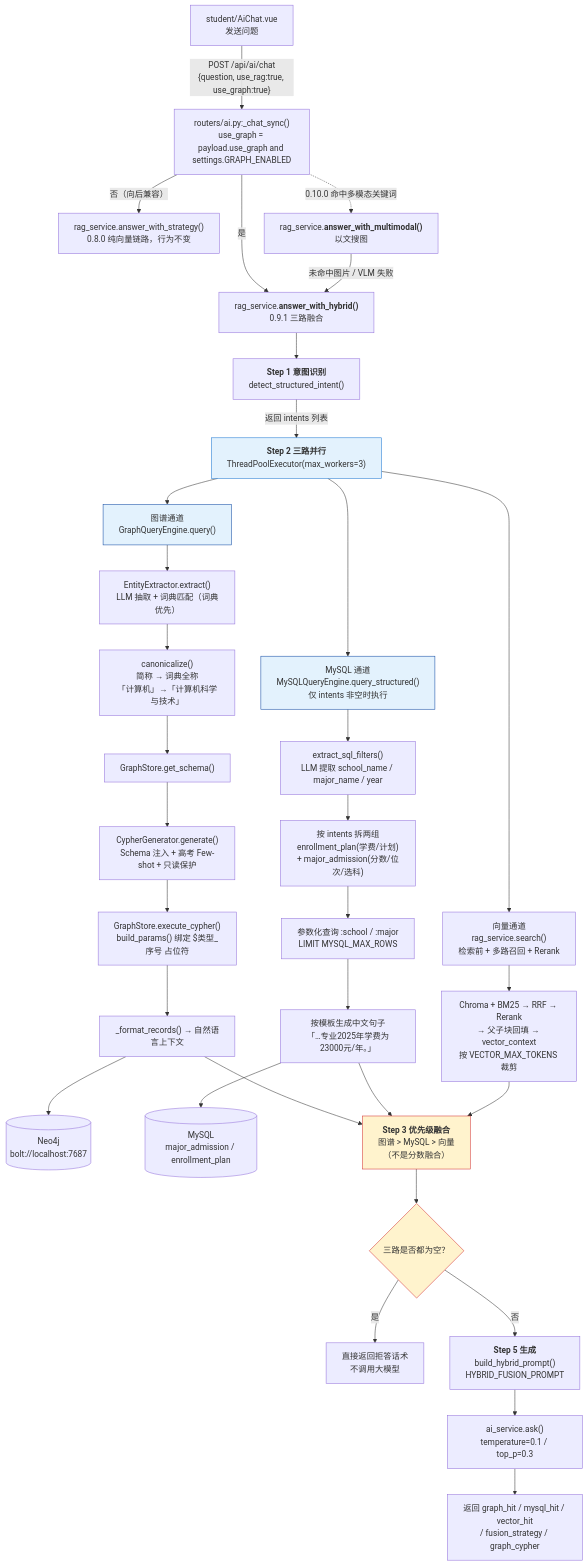
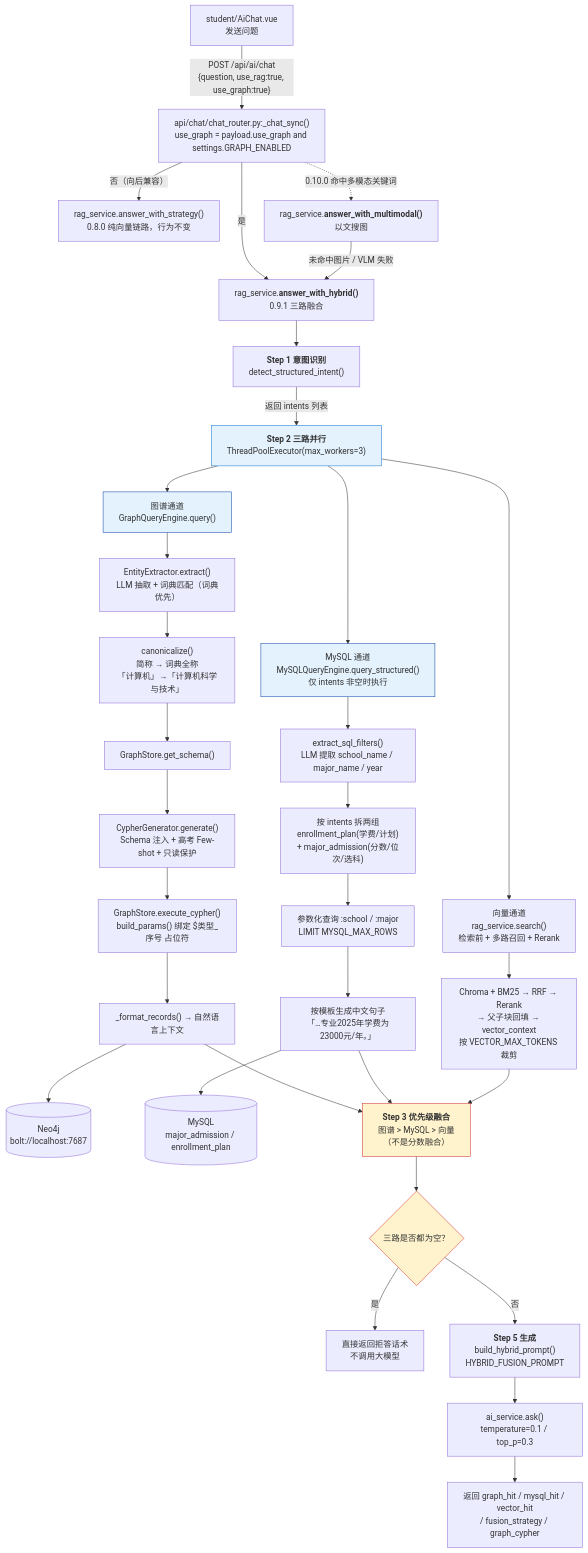
The sixth of 12 diagrams in README.md (TS-DE/college-application-process), drawn with Mermaid before and after one commit. The commit also changed other lines of this file and 1 other file, not shown here.

Commit message:
docs: 0.17.0 更新 CHANGELOG 与 README 目录结构（api/services/tests 三层）

````diff
--- a/README.md
+++ b/README.md
@@ -669,48 +705,48 @@
 ```mermaid
 graph TD
-    A["student/AiChat.vue<br/>发送问题"] -->|"POST /api/ai/chat<br/>{question, use_rag:true, use_graph:true}"| B["routers/ai.py:_chat_sync()<br/>use_graph = payload.use_graph and settings.GRAPH_ENABLED"]
+    A["student/AiChat.vue<br/>发送问题"] -->|"POST /api/ai/chat<br/>{question, use_rag:true, use_graph:true}"| B["api/chat/chat_router.py:_chat_sync()<br/>use_graph = payload.use_graph and settings.GRAPH_ENABLED"]
     B -->|"是"| C["rag_service.<b>answer_with_hybrid()</b><br/>0.9.1 三路融合"]
     B -->|"否（向后兼容）"| Z["rag_service.answer_with_strategy()<br/>0.8.0 纯向量链路，行为不变"]
 
     B -.->|"0.10.0 命中多模态关键词"| MM["rag_service.<b>answer_with_multimodal()</b><br/>以文搜图"]
     MM -->|"未命中图片 / VLM 失败"| C
 
     C --> S1["<b>Step 1 意图识别</b><br/>detect_structured_intent()"]
     S1 -->|"返回 intents 列表"| S2["<b>Step 2 三路并行</b><br/>ThreadPoolExecutor(max_workers=3)"]
 
     S2 --> D1["图谱通道<br/>GraphQueryEngine.query()"]
     S2 --> D2["MySQL 通道<br/>MySQLQueryEngine.query_structured()<br/>仅 intents 非空时执行"]
     S2 --> D3["向量通道<br/>rag_service.search()<br/>检索前 + 多路召回 + Rerank"]
 
     D1 --> E1["EntityExtractor.extract()<br/>LLM 抽取 + 词典匹配（词典优先）"]
     E1 --> E2["canonicalize()<br/>简称 → 词典全称<br/>「计算机」→「计算机科学与技术」"]
     E2 --> E3["GraphStore.get_schema()"]
     E3 --> E4["CypherGenerator.generate()<br/>Schema 注入 + 高考 Few-shot + 只读保护"]
     E4 --> E5["GraphStore.execute_cypher()<br/>build_params() 绑定 $类型_序号 占位符"]
     E5 --> E6["_format_records() → 自然语言上下文"]
     E6 --> G1[("Neo4j<br/>bolt://localhost:7687")]
 
     D2 --> M1["extract_sql_filters()<br/>LLM 提取 school_name / major_name / year"]
     M1 --> M2["按 intents 拆两组<br/>enrollment_plan(学费/计划)<br/>+ major_admission(分数/位次/选科)"]
     M2 --> M3["参数化查询 :school / :major<br/>LIMIT MYSQL_MAX_ROWS"]
     M3 --> M4["按模板生成中文句子<br/>「…专业2025年学费为23000元/年。」"]
     M4 --> G2[("MySQL<br/>major_admission / enrollment_plan")]
 
     D3 --> F3["Chroma + BM25 → RRF → Rerank<br/>→ 父子块回填 → vector_context<br/>按 VECTOR_MAX_TOKENS 裁剪"]
 
     E6 --> H["<b>Step 3 优先级融合</b><br/>图谱 > MySQL > 向量<br/>（不是分数融合）"]
     M4 --> H
     F3 --> H
 
     H --> I{"三路是否都为空？"}
     I -->|"是"| J1["直接返回拒答话术<br/>不调用大模型"]
     I -->|"否"| J2["<b>Step 5 生成</b><br/>build_hybrid_prompt()<br/>HYBRID_FUSION_PROMPT"]
     J2 --> K["ai_service.ask()<br/>temperature=0.1 / top_p=0.3"]
     K --> L["返回 graph_hit / mysql_hit / vector_hit<br/>/ fusion_strategy / graph_cypher"]
 
     style S2 fill:#e3f2fd,stroke:#1976d2
     style D1 fill:#e3f2fd,stroke:#0d47a1
     style D2 fill:#e3f2fd,stroke:#0d47a1
     style H fill:#fff3cd,stroke:#d32f2f
     style I fill:#fff3cd,stroke:#d32f2f
 ```
````
